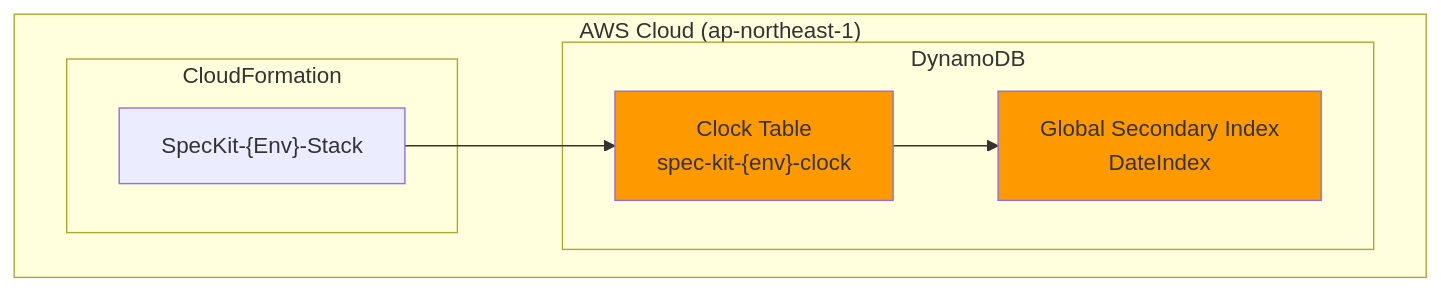
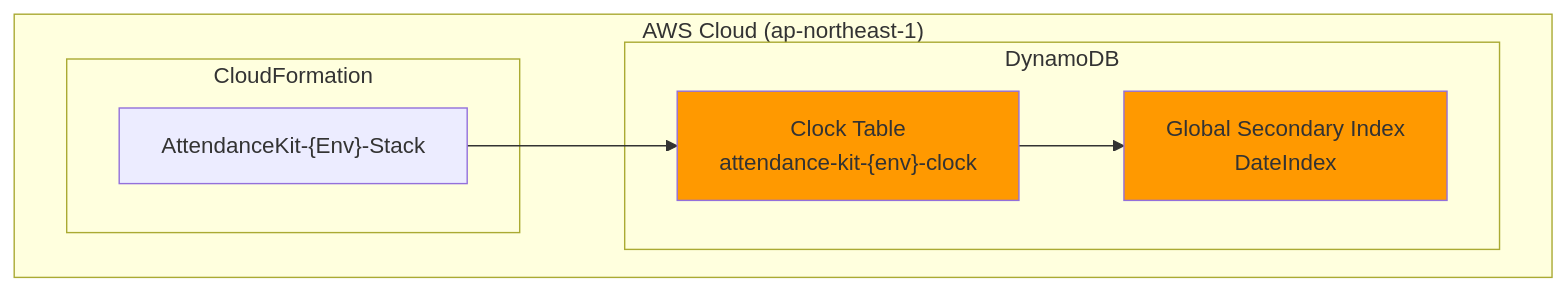
Before and after one commit to goataka/spec-kit-with-coding-agent: the first of 2 diagrams in docs/architecture/dynamodb-clock-table.md, drawn with Mermaid. The commit also changed other lines of this file and 15 other files, not shown here.

Commit message:
ドキュメント再構成とシステム名完全変更: cicd-deployment移動、DEPLOYMENT分割、spec-kit→attendance-kit

````diff
--- a/docs/architecture/dynamodb-clock-table.md
+++ b/docs/architecture/dynamodb-clock-table.md
@@ -9,19 +9,19 @@
 ```mermaid
 graph TB
     subgraph AWS["AWS Cloud (ap-northeast-1)"]
         subgraph CloudFormation["CloudFormation"]
-            stack["SpecKit-{Env}-Stack"]
+            stack["AttendanceKit-{Env}-Stack"]
         end
         
         subgraph DynamoDB["DynamoDB"]
-            table["Clock Table<br/>spec-kit-{env}-clock"]
+            table["Clock Table<br/>attendance-kit-{env}-clock"]
             gsi["Global Secondary Index<br/>DateIndex"]
             table --> gsi
         end
         
         stack --> table
     end
     
     style table fill:#FF9900
     style gsi fill:#FF9900
 ```
````
